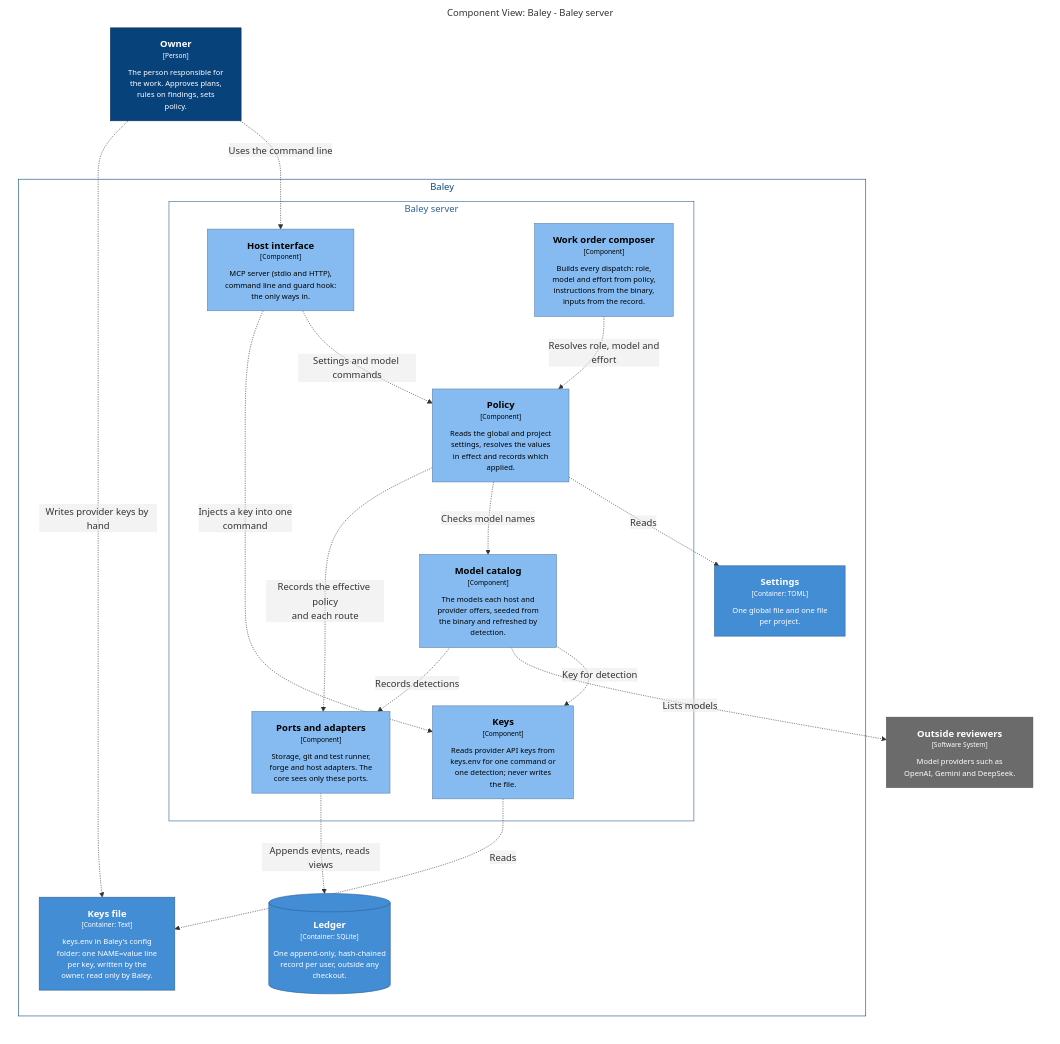
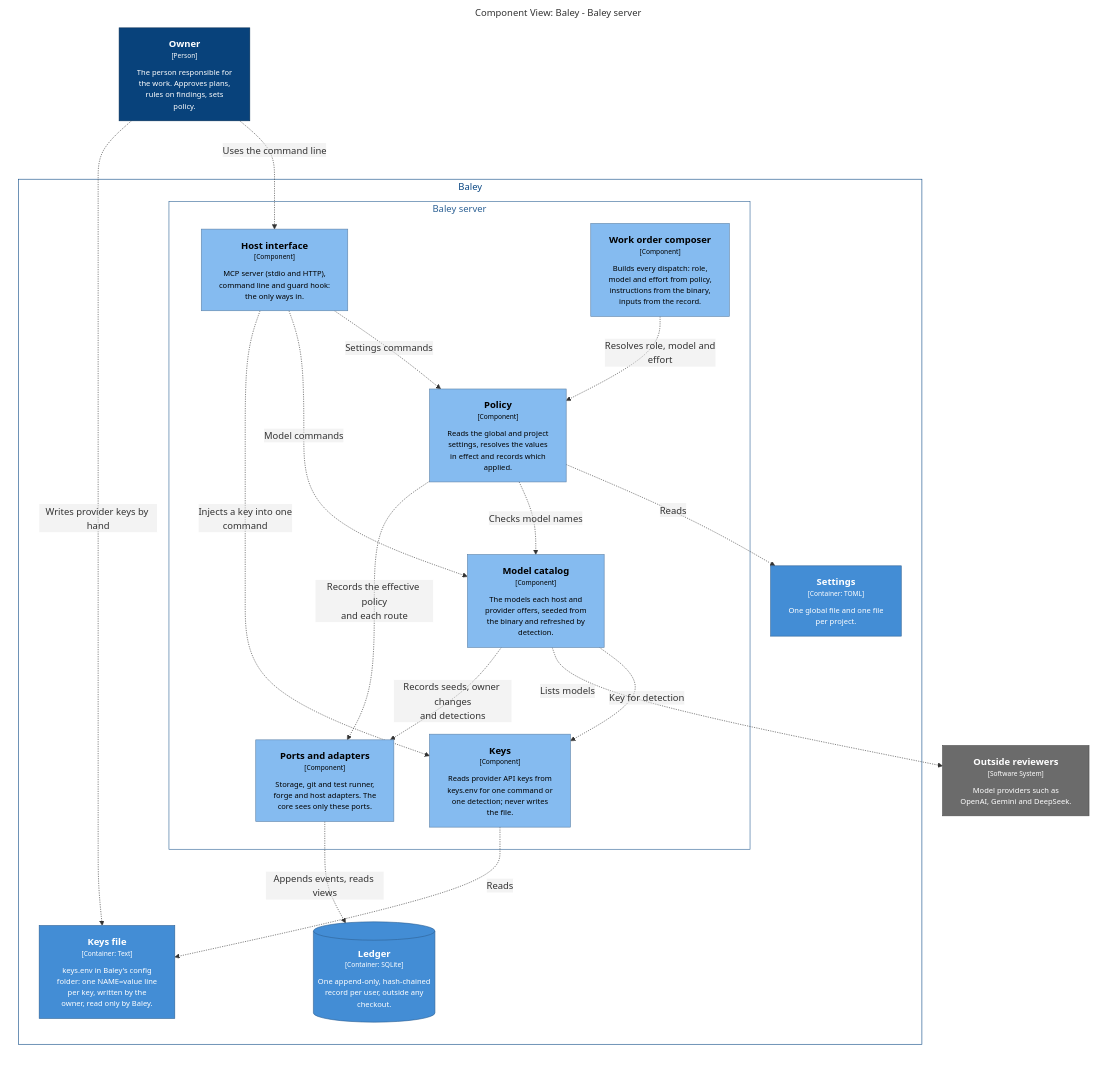
The first of 7 diagrams in docs/design/0003-configuration-and-routing.md (crenshawdev/baley), drawn with Mermaid before and after one commit. The commit also changed 2 other files, not shown here.

Commit message:
docs(design): show the model commands reaching the catalog in figure 1
baley models calls the catalog straight from the host interface, not
through policy, and the catalog records seeds and owner changes through
the ports as well as detections. The C4 model now says so, and the
components and configuration views are re-exported from it.

````diff
--- a/docs/design/0003-configuration-and-routing.md
+++ b/docs/design/0003-configuration-and-routing.md
@@ -28,57 +28,58 @@
 ```mermaid
 graph LR
   linkStyle default fill:none
 
   subgraph diagram ["Component View: Baley - Baley server"]
     style diagram fill:none,stroke:none
 
     1["<div style='font-weight: bold'>Owner</div><div style='font-size: 70%; margin-top: 0px'>[Person]</div><div style='font-size: 80%; margin-top:10px'>The person responsible for<br />the work. Approves plans,<br />rules on findings, sets<br />policy.</div>"]
     style 1 fill:#08427b,stroke:#052e56,color:#ffffff
 
     18["<div style='font-weight: bold'>Outside reviewers</div><div style='font-size: 70%; margin-top: 0px'>[Software System]</div><div style='font-size: 80%; margin-top:10px'>Model providers such as<br />OpenAI, Gemini and DeepSeek.</div>"]
     style 18 fill:#6b6b6b,stroke:#4d4d4d,color:#ffffff
 
     subgraph 2 ["Baley"]
       style 2 fill:none,stroke:#0b4884,color:#0b4884
 
       subgraph 3 ["Baley server"]
         style 3 fill:none,stroke:#2e6295,color:#2e6295
 
         10["<div style='font-weight: bold'>Model catalog</div><div style='font-size: 70%; margin-top: 0px'>[Component]</div><div style='font-size: 80%; margin-top:10px'>The models each host and<br />provider offers, seeded from<br />the binary and refreshed by<br />detection.</div>"]
         style 10 fill:#85bbf0,stroke:#5d82a8,color:#000000
         11["<div style='font-weight: bold'>Ports and adapters</div><div style='font-size: 70%; margin-top: 0px'>[Component]</div><div style='font-size: 80%; margin-top:10px'>Storage, git and test runner,<br />forge and host adapters. The<br />core sees only these ports.</div>"]
         style 11 fill:#85bbf0,stroke:#5d82a8,color:#000000
         4["<div style='font-weight: bold'>Host interface</div><div style='font-size: 70%; margin-top: 0px'>[Component]</div><div style='font-size: 80%; margin-top:10px'>MCP server (stdio and HTTP),<br />command line and guard hook:<br />the only ways in.</div>"]
         style 4 fill:#85bbf0,stroke:#5d82a8,color:#000000
         7["<div style='font-weight: bold'>Work order composer</div><div style='font-size: 70%; margin-top: 0px'>[Component]</div><div style='font-size: 80%; margin-top:10px'>Builds every dispatch: role,<br />model and effort from policy,<br />instructions from the binary,<br />inputs from the record.</div>"]
         style 7 fill:#85bbf0,stroke:#5d82a8,color:#000000
         8["<div style='font-weight: bold'>Policy</div><div style='font-size: 70%; margin-top: 0px'>[Component]</div><div style='font-size: 80%; margin-top:10px'>Reads the global and project<br />settings, resolves the values<br />in effect and records which<br />applied.</div>"]
         style 8 fill:#85bbf0,stroke:#5d82a8,color:#000000
         9["<div style='font-weight: bold'>Keys</div><div style='font-size: 70%; margin-top: 0px'>[Component]</div><div style='font-size: 80%; margin-top:10px'>Reads provider API keys from<br />keys.env for one command or<br />one detection; never writes<br />the file.</div>"]
         style 9 fill:#85bbf0,stroke:#5d82a8,color:#000000
       end
 
       12[("<div style='font-weight: bold'>Ledger</div><div style='font-size: 70%; margin-top: 0px'>[Container: SQLite]</div><div style='font-size: 80%; margin-top:10px'>One append-only, hash-chained<br />record per user, outside any<br />checkout.</div>")]
       style 12 fill:#438dd5,stroke:#2e6295,color:#ffffff
       13["<div style='font-weight: bold'>Settings</div><div style='font-size: 70%; margin-top: 0px'>[Container: TOML]</div><div style='font-size: 80%; margin-top:10px'>One global file and one file<br />per project.</div>"]
       style 13 fill:#438dd5,stroke:#2e6295,color:#ffffff
       14["<div style='font-weight: bold'>Keys file</div><div style='font-size: 70%; margin-top: 0px'>[Container: Text]</div><div style='font-size: 80%; margin-top:10px'>keys.env in Baley's config<br />folder: one NAME=value line<br />per key, written by the<br />owner, read only by Baley.</div>"]
       style 14 fill:#438dd5,stroke:#2e6295,color:#ffffff
     end
 
     1-. "<div>Uses the command line</div><div style='font-size: 70%'></div>" .->4
     1-. "<div>Writes provider keys by hand</div><div style='font-size: 70%'></div>" .->14
     7-. "<div>Resolves role, model and<br />effort</div><div style='font-size: 70%'></div>" .->8
     8-. "<div>Reads</div><div style='font-size: 70%'></div>" .->13
     8-. "<div>Checks model names</div><div style='font-size: 70%'></div>" .->10
     8-. "<div>Records the effective policy<br />and each route</div><div style='font-size: 70%'></div>" .->11
-    4-. "<div>Settings and model commands</div><div style='font-size: 70%'></div>" .->8
+    4-. "<div>Settings commands</div><div style='font-size: 70%'></div>" .->8
+    4-. "<div>Model commands</div><div style='font-size: 70%'></div>" .->10
     4-. "<div>Injects a key into one<br />command</div><div style='font-size: 70%'></div>" .->9
     9-. "<div>Reads</div><div style='font-size: 70%'></div>" .->14
     10-. "<div>Key for detection</div><div style='font-size: 70%'></div>" .->9
     10-. "<div>Lists models</div><div style='font-size: 70%'></div>" .->18
-    10-. "<div>Records detections</div><div style='font-size: 70%'></div>" .->11
+    10-. "<div>Records seeds, owner changes<br />and detections</div><div style='font-size: 70%'></div>" .->11
     11-. "<div>Appends events, reads views</div><div style='font-size: 70%'></div>" .->12
 
   end
 ```
````
